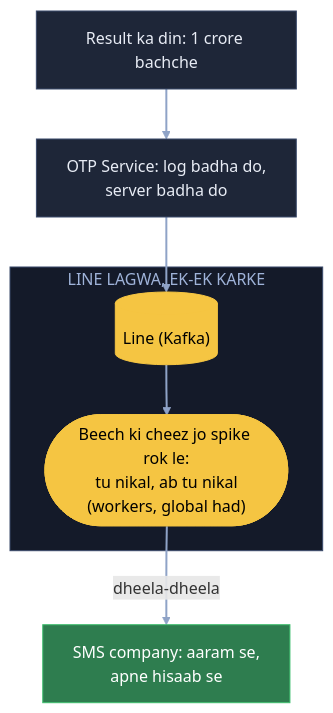
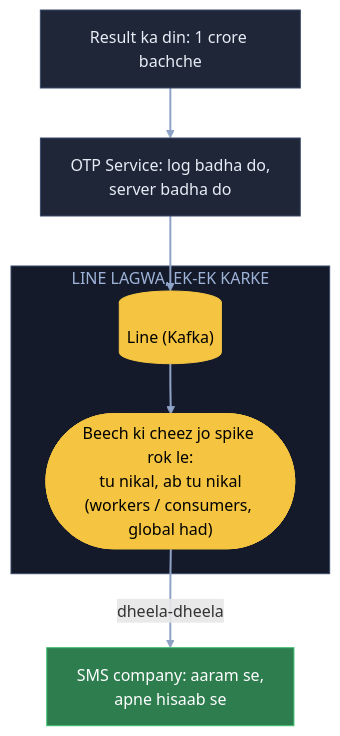
Before and after one commit to ArpanMaheshwari144/Prep: the ninth of 10 diagrams in 04_HLD/SYSTEM_DESIGNS/02_rate_limiter/02_rate_limiter.md, drawn with Mermaid. The commit also changed other lines of this file and 29 other files, not shown here.

````diff
--- a/04_HLD/SYSTEM_DESIGNS/02_rate_limiter/02_rate_limiter.md
+++ b/04_HLD/SYSTEM_DESIGNS/02_rate_limiter/02_rate_limiter.md
@@ -338,20 +338,20 @@
 ```mermaid
 flowchart TB
     U["Result ka din: 1 crore bachche"]:::card
     O["OTP Service: log badha do,<br/>server badha do"]:::card
     subgraph LN["LINE LAGWA, EK-EK KARKE"]
         K[("Line (Kafka)")]:::pill
-        W(["Beech ki cheez jo spike rok le:<br/>tu nikal, ab tu nikal<br/>(workers, global had)"]):::pill
+        W(["Beech ki cheez jo spike rok le:<br/>tu nikal, ab tu nikal<br/>(workers / consumers, global had)"]):::pill
     end
     S["SMS company: aaram se,<br/>apne hisaab se"]:::good
     U --> O
     O --> K
     K --> W
     W -- "dheela-dheela" --> S
     linkStyle default stroke:#8fa3c7,stroke-width:2px
     classDef card fill:#1e2638,stroke:#3a4a6b,color:#e8ecf5
     classDef pill fill:#f5c542,stroke:#f5c542,color:#000
     classDef good fill:#2e7d4f,stroke:#3fbf6f,color:#fff
     classDef bad fill:#5c1f24,stroke:#e05561,color:#fff
     style LN fill:#141a29,stroke:#3a4a6b,color:#9fb3d9
 ```
````
